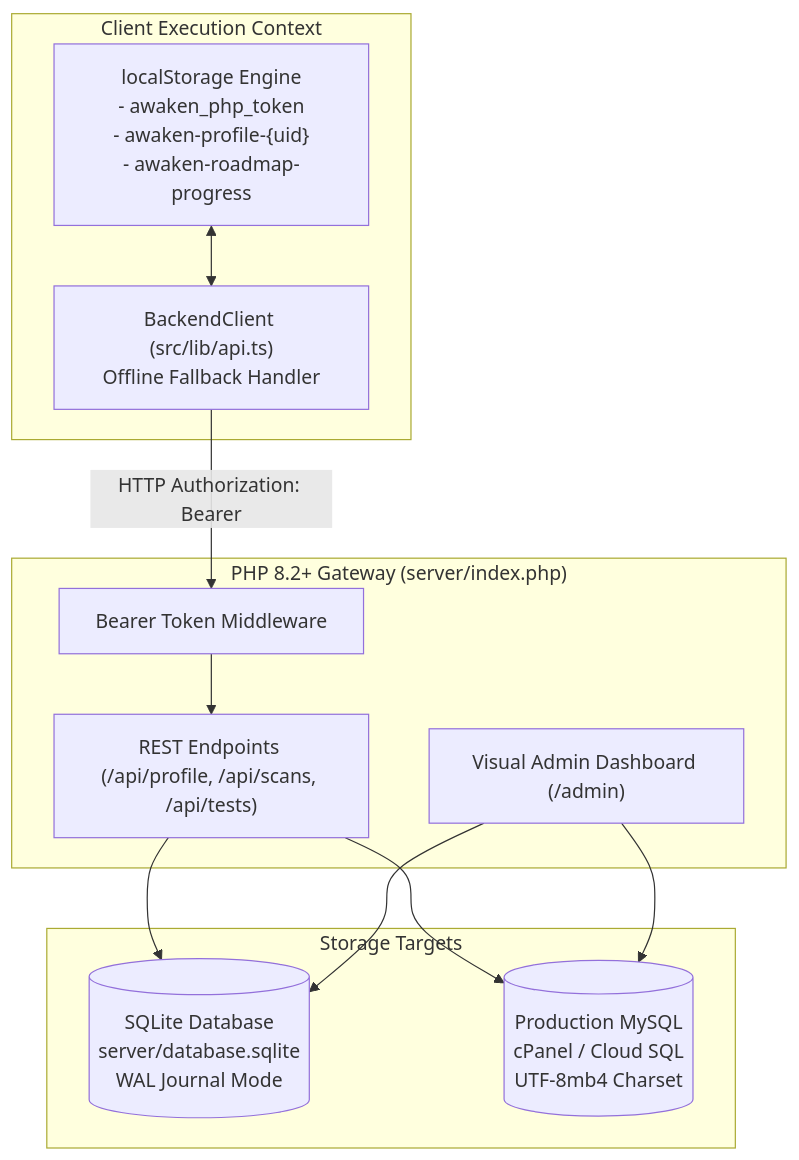
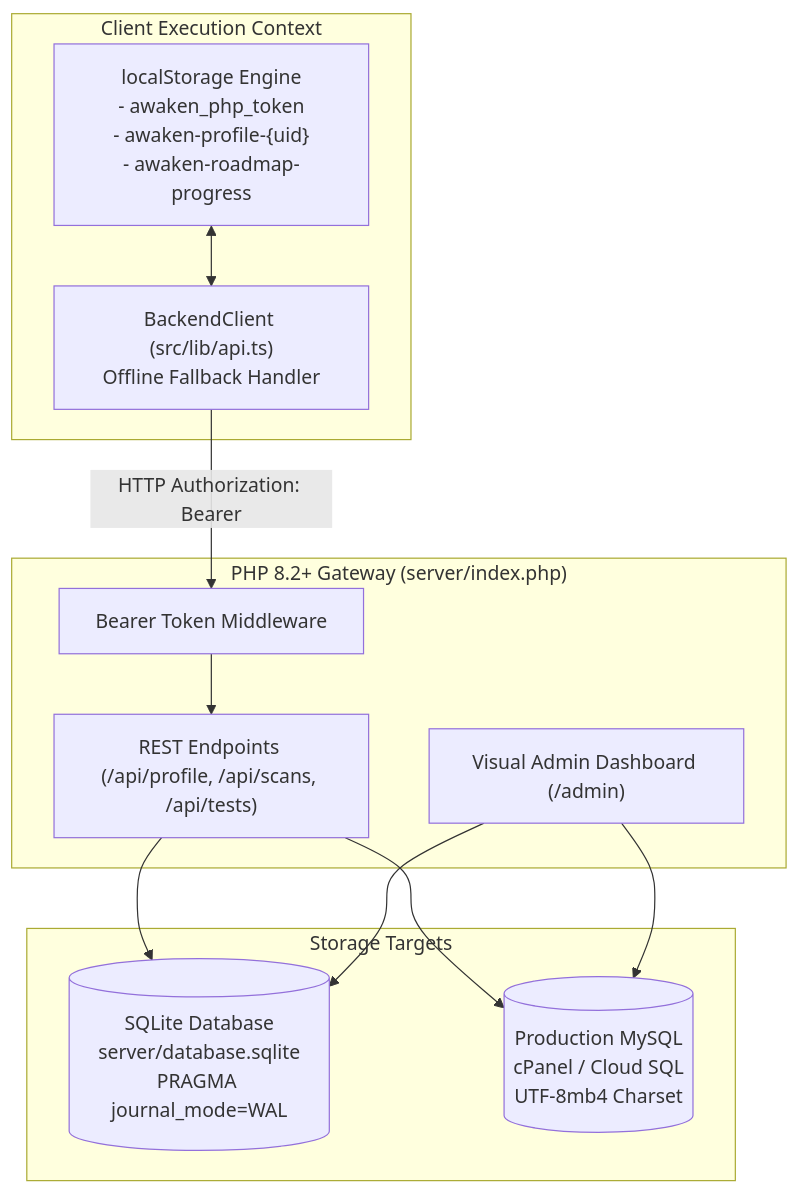
One commit to yashkoparde/Awaken.ai changed the sixth of 8 diagrams in README.md. Above: the diagram before and after it, drawn with Mermaid. The commit also changed other lines of this file, not shown here.

Commit message:
docs: document SQLite WAL mode and MySQL schema compatibility matrices

````diff
--- a/README.md
+++ b/README.md
@@ -321,26 +321,26 @@
 ```mermaid
 graph TB
     subgraph Client_Boundary["Client Execution Context"]
         LS["localStorage Engine<br/>- awaken_php_token<br/>- awaken-profile-{uid}<br/>- awaken-roadmap-progress"]
         APICLI["BackendClient (src/lib/api.ts)<br/>Offline Fallback Handler"]
     end
 
     subgraph Backend_Gateway["PHP 8.2+ Gateway (server/index.php)"]
         AUTH["Bearer Token Middleware"]
         ROUTES["REST Endpoints (/api/profile, /api/scans, /api/tests)"]
         ADMIN["Visual Admin Dashboard (/admin)"]
     end
 
     subgraph Database_Layer["Storage Targets"]
-        SQLITE[("SQLite Database<br/>server/database.sqlite<br/>WAL Journal Mode")]
+        SQLITE[("SQLite Database<br/>server/database.sqlite<br/>PRAGMA journal_mode=WAL")]
         MYSQL[("Production MySQL<br/>cPanel / Cloud SQL<br/>UTF-8mb4 Charset")]
     end
 
     LS <--> APICLI
     APICLI -->|HTTP Authorization: Bearer| AUTH
     AUTH --> ROUTES
     ROUTES --> SQLITE
     ROUTES --> MYSQL
     ADMIN --> SQLITE
     ADMIN --> MYSQL
 ```
````
